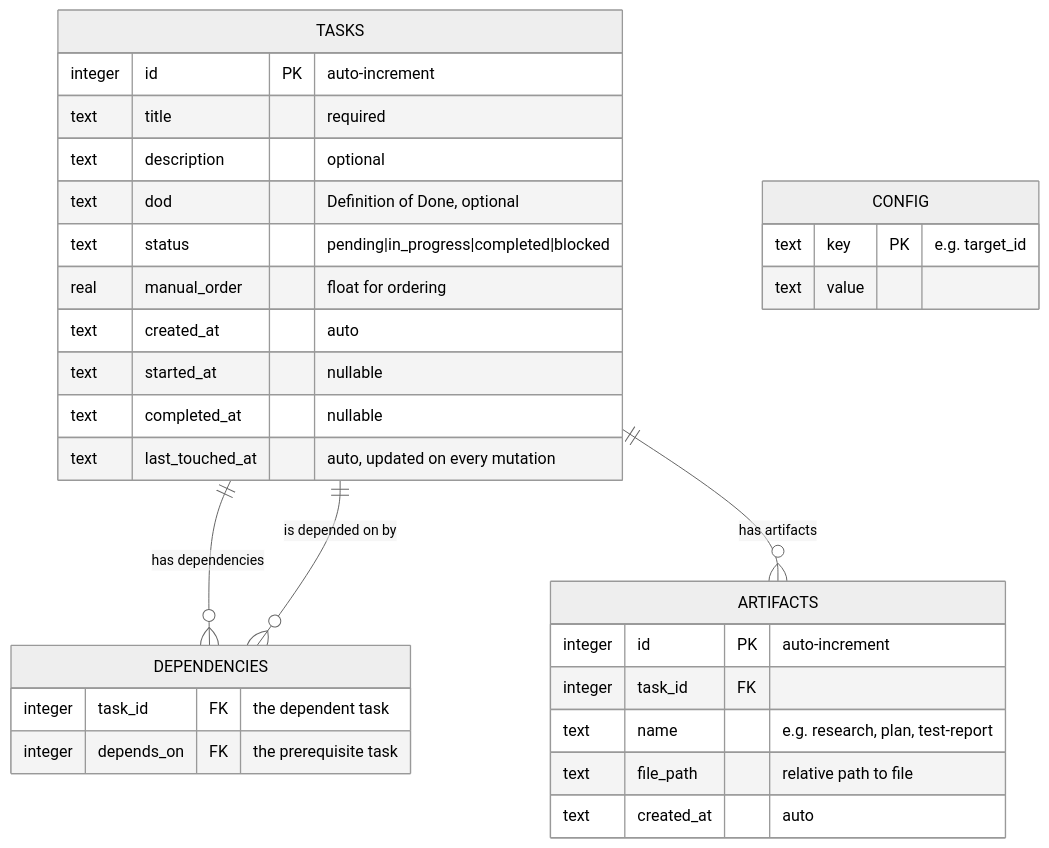
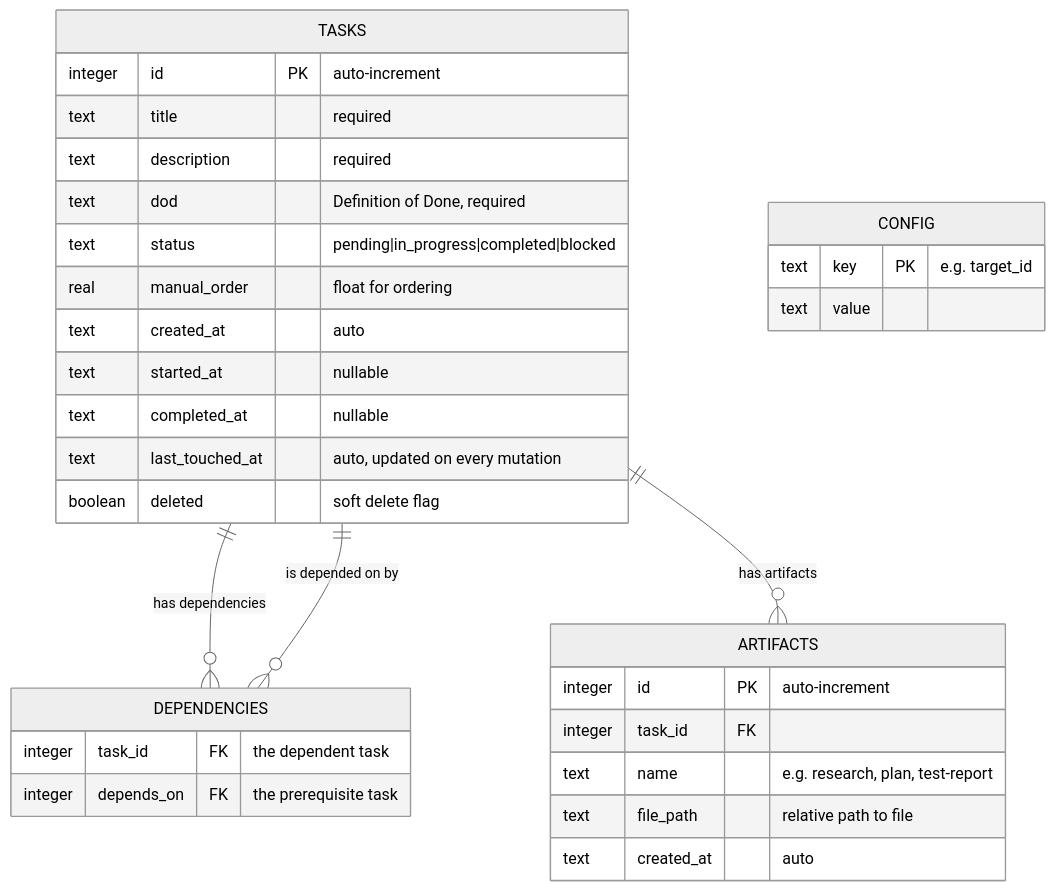
The third of 6 diagrams in SPEC.md (hivemind-ai-core/tasktracker), drawn with Mermaid (neutral theme) before and after one commit. The commit also changed other lines of this file and 35 other files, not shown here.

````diff
--- a/SPEC.md
+++ b/SPEC.md
@@ -81,37 +81,38 @@
 ```mermaid
 erDiagram
     TASKS {
         integer id PK "auto-increment"
         text title "required"
-        text description "optional"
-        text dod "Definition of Done, optional"
+        text description "required"
+        text dod "Definition of Done, required"
         text status "pending|in_progress|completed|blocked"
         real manual_order "float for ordering"
         text created_at "auto"
         text started_at "nullable"
         text completed_at "nullable"
         text last_touched_at "auto, updated on every mutation"
+        boolean deleted "soft delete flag"
     }
 
     DEPENDENCIES {
         integer task_id FK "the dependent task"
         integer depends_on FK "the prerequisite task"
     }
 
     ARTIFACTS {
         integer id PK "auto-increment"
         integer task_id FK
         text name "e.g. research, plan, test-report"
         text file_path "relative path to file"
         text created_at "auto"
     }
 
     CONFIG {
         text key PK "e.g. target_id"
         text value
     }
 
     TASKS ||--o{ DEPENDENCIES : "has dependencies"
     TASKS ||--o{ ARTIFACTS : "has artifacts"
     TASKS ||--o{ DEPENDENCIES : "is depended on by"
 ```
````
